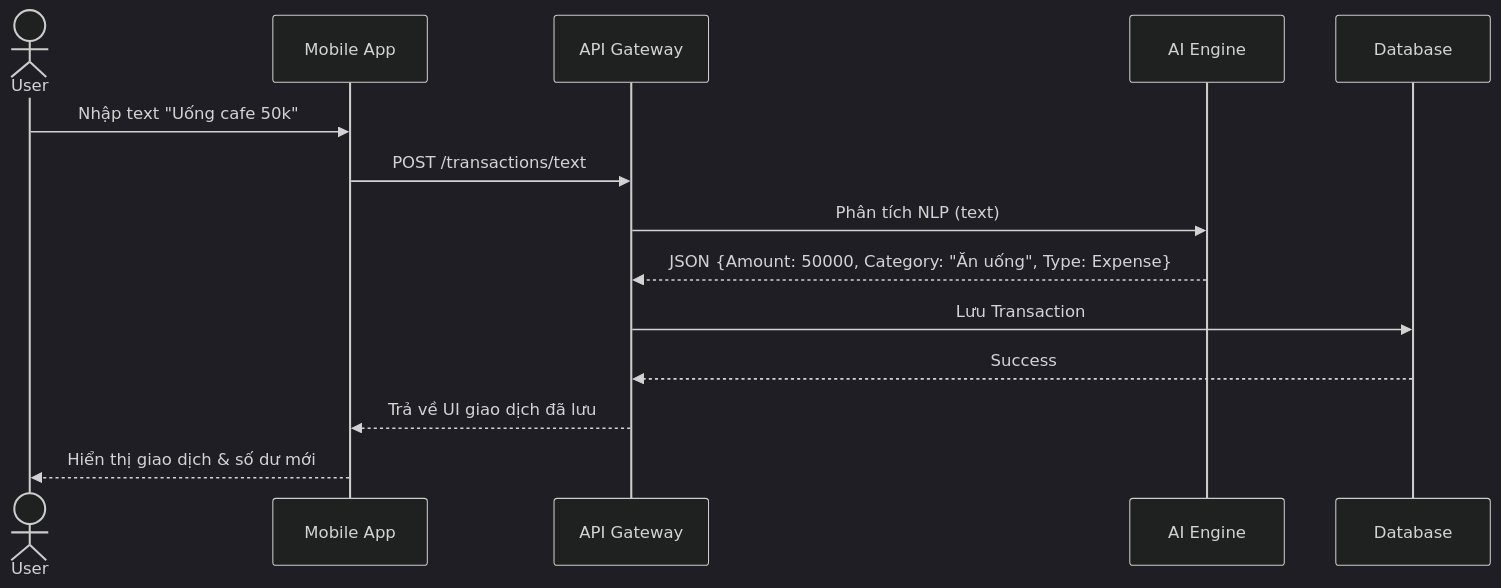
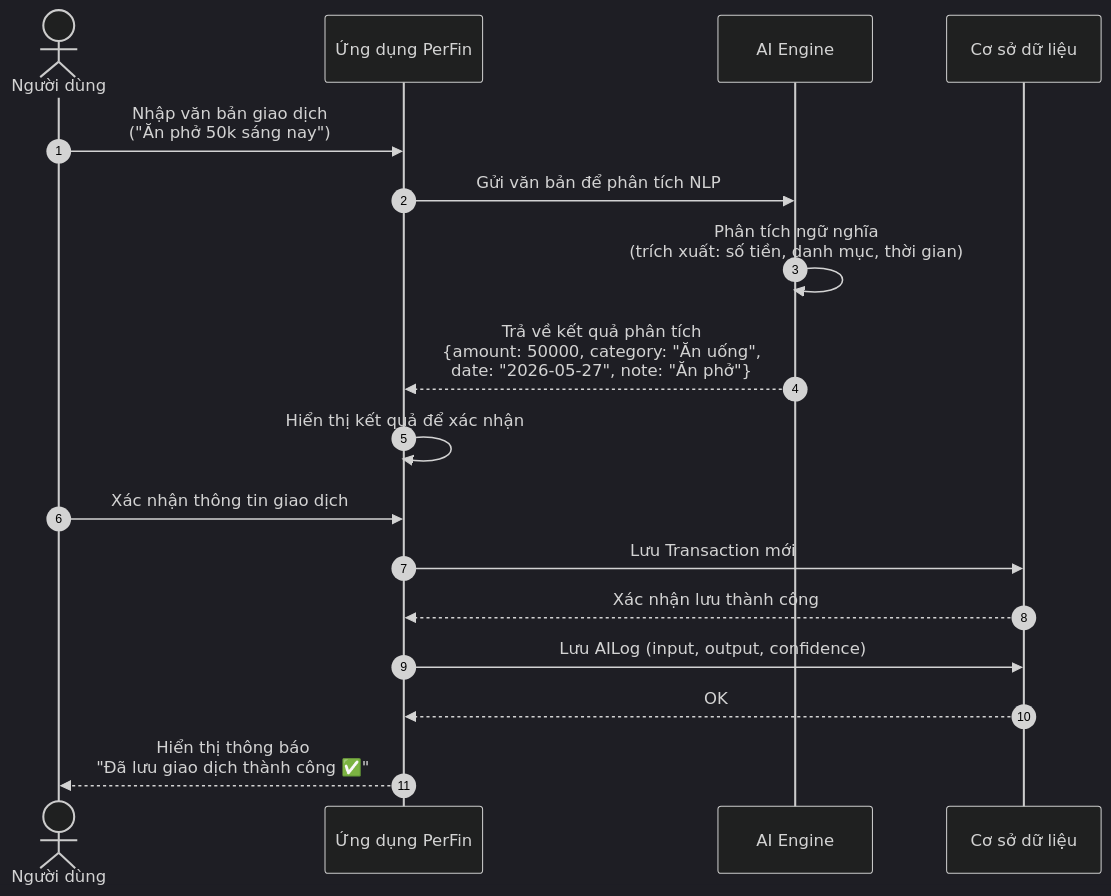
One commit to ngthtrong/perfin-nienluan changed the first of 8 diagrams in NIÊN LUẬN/diagrams/mermaid/sequence-diagrams.md. Above: the diagram before and after it, drawn with Mermaid (dark theme). The commit also changed other lines of this file and 25 other files, not shown here.

Commit message:
Delete REQ-10 Collaboration document and update SRS with new structure and diagrams

````diff
--- a/NIÊN LUẬN/diagrams/mermaid/sequence-diagrams.md
+++ b/NIÊN LUẬN/diagrams/mermaid/sequence-diagrams.md
@@ -4,17 +9,23 @@
 ```mermaid
 sequenceDiagram
-    actor User
-    participant App as Mobile App
-    participant API as API Gateway
+    autonumber
+    actor User as Người dùng
+    participant App as Ứng dụng PerFin
     participant AI as AI Engine
-    participant DB as Database
+    participant DB as Cơ sở dữ liệu
 
-    User->>App: Nhập text "Uống cafe 50k"
-    App->>API: POST /transactions/text
-    API->>AI: Phân tích NLP (text)
-    AI-->>API: JSON {Amount: 50000, Category: "Ăn uống", Type: Expense}
-    API->>DB: Lưu Transaction
-    DB-->>API: Success
-    API-->>App: Trả về UI giao dịch đã lưu
-    App-->>User: Hiển thị giao dịch & số dư mới
+    User->>App: Nhập văn bản giao dịch<br/>("Ăn phở 50k sáng nay")
+    App->>AI: Gửi văn bản để phân tích NLP
+    AI->>AI: Phân tích ngữ nghĩa<br/>(trích xuất: số tiền, danh mục, thời gian)
+    AI-->>App: Trả về kết quả phân tích<br/>{amount: 50000, category: "Ăn uống",<br/>date: "2026-05-27", note: "Ăn phở"}
+
+    App->>App: Hiển thị kết quả để xác nhận
+    User->>App: Xác nhận thông tin giao dịch
+
+    App->>DB: Lưu Transaction mới
+    DB-->>App: Xác nhận lưu thành công
+    App->>DB: Lưu AILog (input, output, confidence)
+    DB-->>App: OK
+
+    App-->>User: Hiển thị thông báo<br/>"Đã lưu giao dịch thành công ✅"
 ```
````
